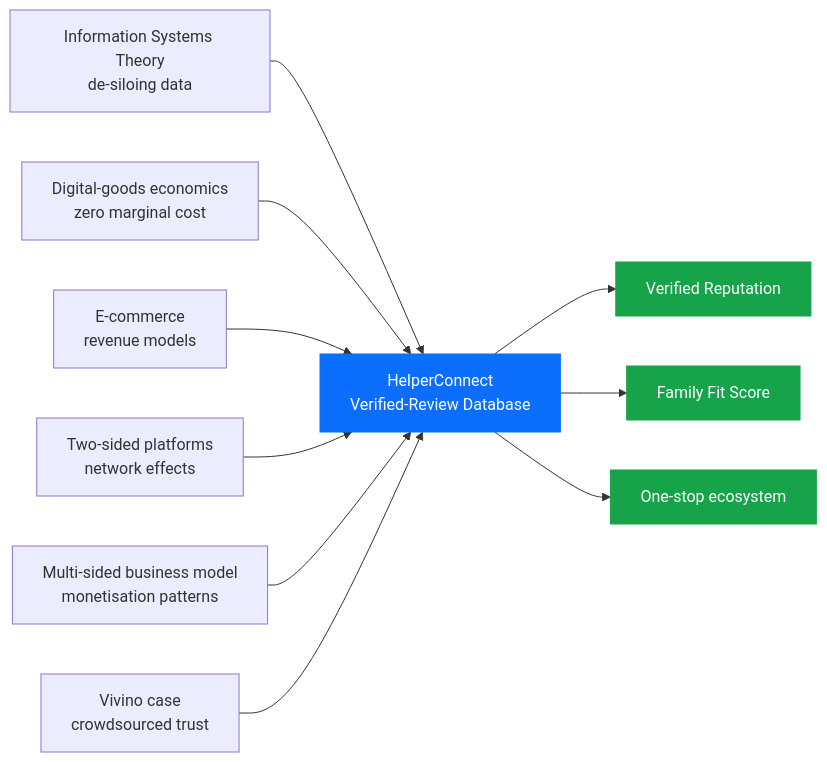
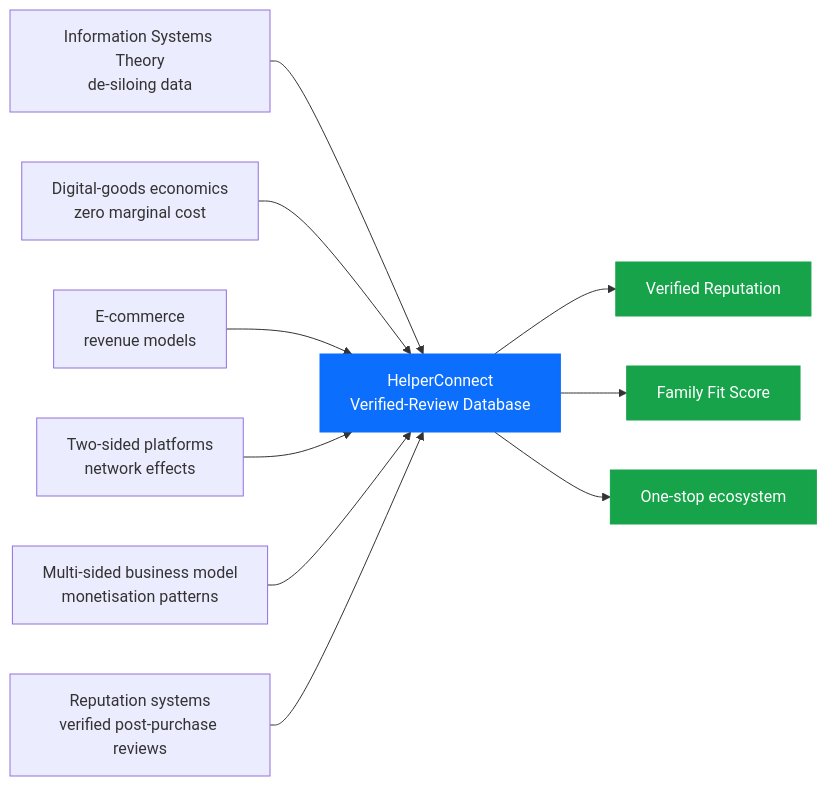
Before and after one commit to LU-Chuanyu/isom2010: the first of 11 diagrams in HelperConnect_Final_Report.md, drawn with Mermaid. The commit also changed other lines of this file and 1 other file, not shown here.

First line of the commit message:
Remove all Vivino references; rewrite Inspiration around personal experience; add dedicated chicken-and-egg section; generate PDF

````diff
--- a/HelperConnect_Final_Report.md
+++ b/HelperConnect_Final_Report.md
@@ -57,17 +58,17 @@
 ```mermaid
 flowchart LR
     A["Information Systems Theory<br/>de-siloing data"] --> P["HelperConnect<br/>Verified-Review Database"]
     B["Digital-goods economics<br/>zero marginal cost"] --> P
     C["E-commerce<br/>revenue models"] --> P
     D["Two-sided platforms<br/>network effects"] --> P
     E["Multi-sided business model<br/>monetisation patterns"] --> P
-    F["Vivino case<br/>crowdsourced trust"] --> P
+    F["Reputation systems<br/>verified post-purchase reviews"] --> P
     P --> O1["Verified Reputation"]
     P --> O2["Family Fit Score"]
     P --> O3["One-stop ecosystem"]
 
     style P fill:#0b6efd,stroke:#0b6efd,color:#fff
     style O1 fill:#16a34a,stroke:#16a34a,color:#fff
     style O2 fill:#16a34a,stroke:#16a34a,color:#fff
     style O3 fill:#16a34a,stroke:#16a34a,color:#fff
 ```
````
